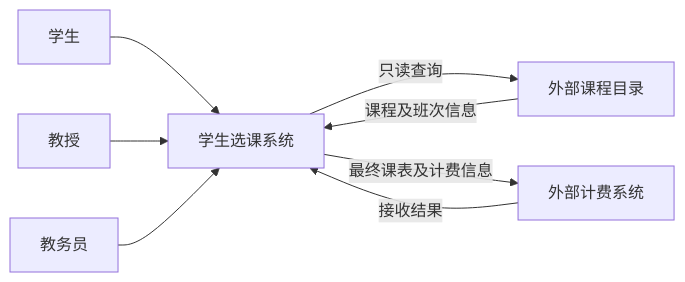
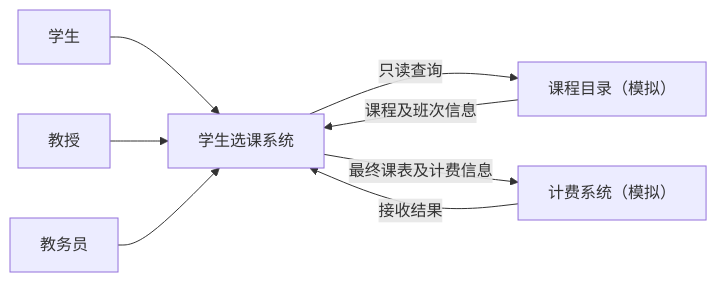
Before and after one commit to Nichengjin/software-engineering-project: the diagram in docs/REQUIREMENTS_ANALYSIS.md, drawn with Mermaid. The commit also changed other lines of this file and 6 other files, not shown here.

````diff
--- a/docs/REQUIREMENTS_ANALYSIS.md
+++ b/docs/REQUIREMENTS_ANALYSIS.md
@@ -46,10 +54,10 @@
 ```mermaid
 flowchart LR
     Student[学生] --> System[学生选课系统]
     Professor[教授] --> System
     Registrar[教务员] --> System
-    System -->|只读查询| Catalog[外部课程目录]
+    System -->|只读查询| Catalog[课程目录（模拟）]
     Catalog -->|课程及班次信息| System
-    System -->|最终课表及计费信息| Billing[外部计费系统]
+    System -->|最终课表及计费信息| Billing[计费系统（模拟）]
     Billing -->|接收结果| System
 ```
````
